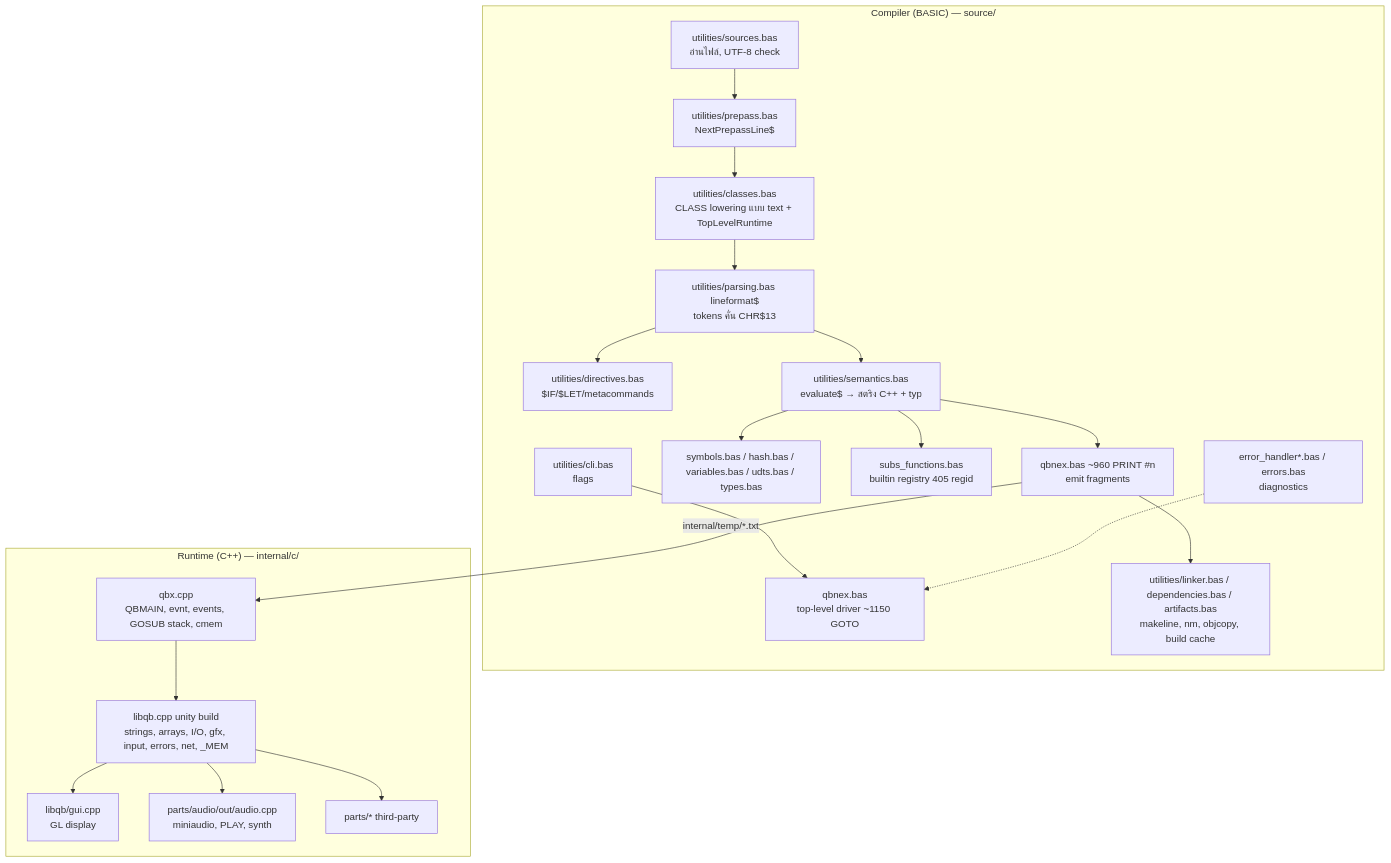
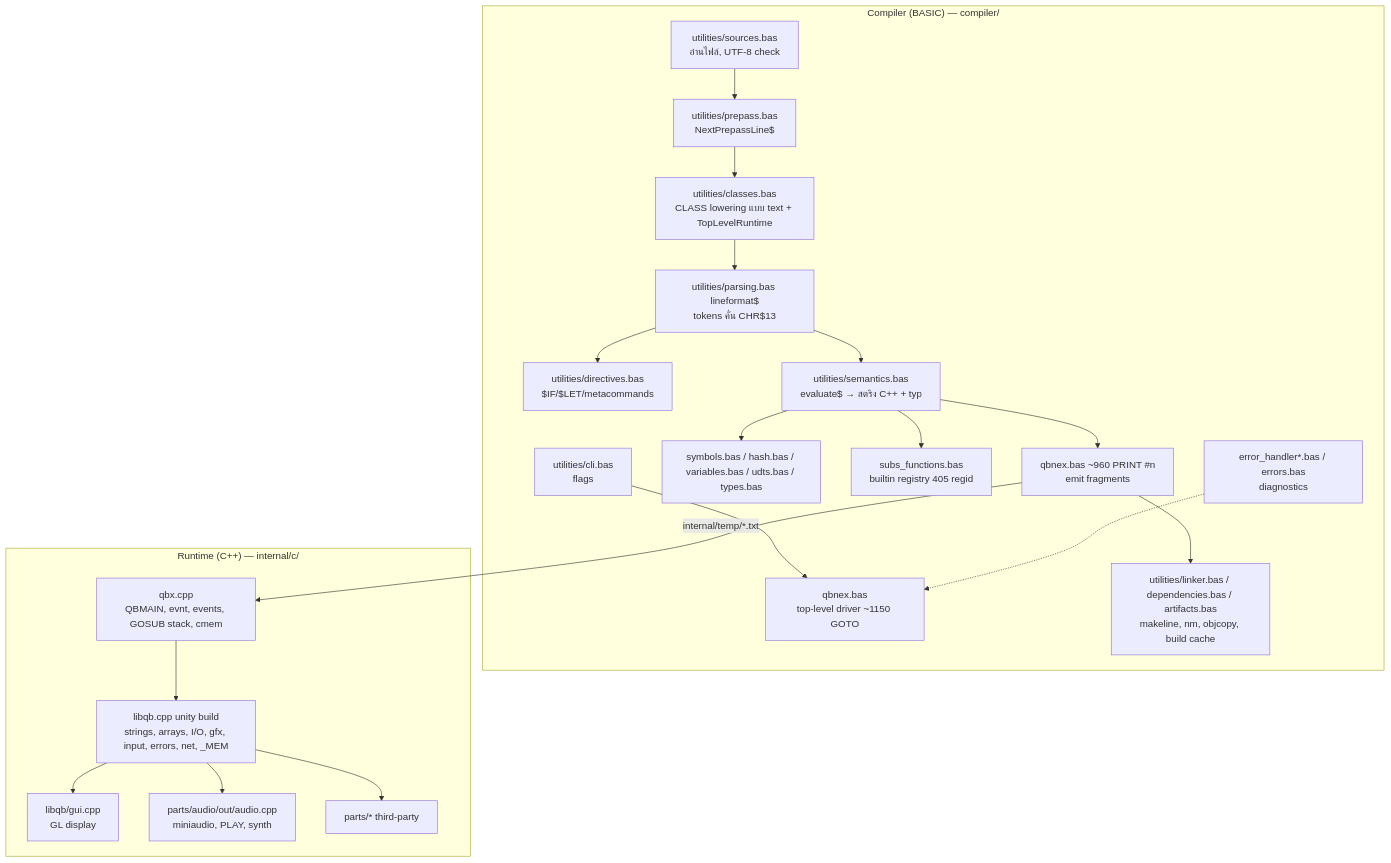
One commit to thirawat27/QBNex changed the second of 3 diagrams in docs/rust-port/README.md. Above: the diagram before and after it, drawn with Mermaid. The commit also changed other lines of this file and 735 other files, not shown here.

````diff
--- a/docs/rust-port/README.md
+++ b/docs/rust-port/README.md
@@ -73,27 +73,27 @@
 ```mermaid
 flowchart TB
-  subgraph Compiler["Compiler (BASIC) — source/"]
+  subgraph Compiler["Compiler (BASIC) — compiler/"]
     cli[utilities/cli.bas<br/>flags] --> drv[qbnex.bas<br/>top-level driver ~1150 GOTO]
     src[utilities/sources.bas<br/>อ่านไฟล์, UTF-8 check] --> pre
     pre[utilities/prepass.bas<br/>NextPrepassLine$] --> cls[utilities/classes.bas<br/>CLASS lowering แบบ text + TopLevelRuntime]
     cls --> lex[utilities/parsing.bas lineformat$<br/>tokens คั่น CHR$13]
     lex --> dir[utilities/directives.bas<br/>$IF/$LET/metacommands]
     lex --> sem[utilities/semantics.bas<br/>evaluate$ → สตริง C++ + typ]
     sem --> sym[symbols.bas / hash.bas / variables.bas / udts.bas / types.bas]
     sem --> reg[subs_functions.bas<br/>builtin registry 405 regid]
     sem --> emit[qbnex.bas ~960 PRINT #n<br/>emit fragments]
     emit --> link[utilities/linker.bas / dependencies.bas / artifacts.bas<br/>makeline, nm, objcopy, build cache]
     err[error_handler*.bas / errors.bas<br/>diagnostics] -.-> drv
   end
   subgraph Runtime["Runtime (C++) — internal/c/"]
     qbx[qbx.cpp<br/>QBMAIN, evnt, events, GOSUB stack, cmem]
     lib[libqb.cpp unity build<br/>strings, arrays, I/O, gfx, input, errors, net, _MEM]
     gui[libqb/gui.cpp<br/>GL display]
     aud[parts/audio/out/audio.cpp<br/>miniaudio, PLAY, synth]
     tp[parts/* third-party]
     qbx --> lib --> gui
     lib --> aud
     lib --> tp
   end
   emit -->|internal/temp/*.txt| qbx
 ```
````
